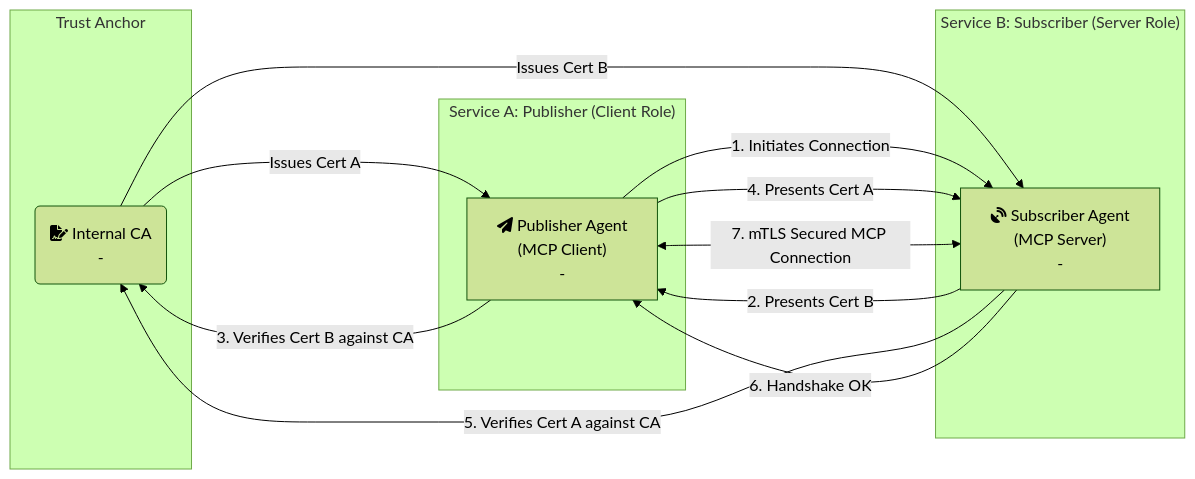
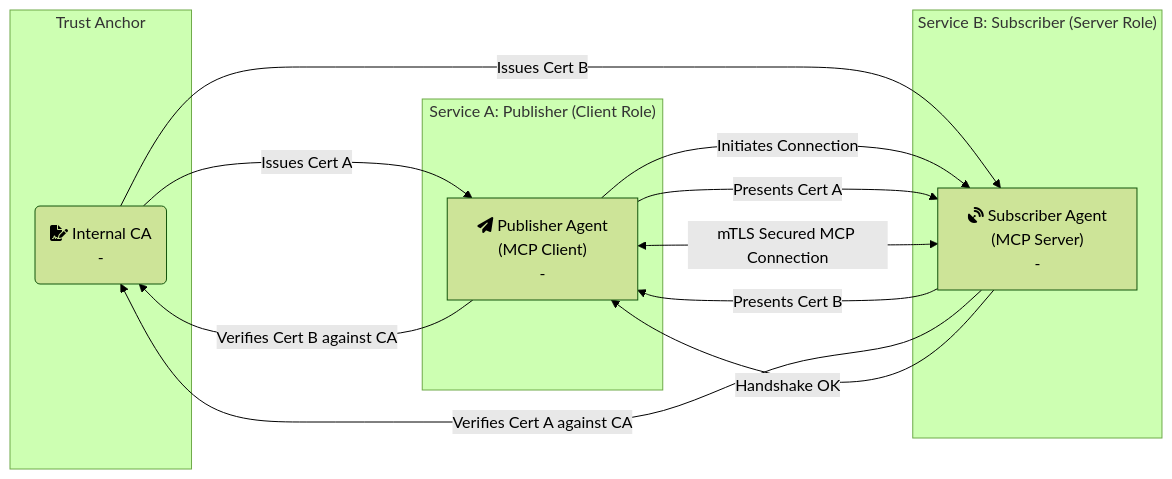
Before and after one commit to Intelligent-Intern/quicpro_async: the first of 2 diagrams in docs/capabilities/authentication_and_authorization/README.md, drawn with Mermaid (forest theme).

Commit message:
fix mermaid bug in markdown

```diff
--- a/docs/capabilities/authentication_and_authorization/README.md
+++ b/docs/capabilities/authentication_and_authorization/README.md
@@ -120,28 +120,28 @@
 ~~~mermaid
 graph LR
     subgraph "Trust Anchor"
         CA("fa:fa-file-signature Internal CA <br> - ");
     end
 
     subgraph "Service A: Publisher (Client Role)"
         Publisher["fa:fa-paper-plane Publisher Agent<br/>(MCP Client)<br> - "];
     end
 
     subgraph "Service B: Subscriber (Server Role)"
         Subscriber["fa:fa-satellite-dish Subscriber Agent<br/>(MCP Server)<br> - "];
     end
     
     CA -- "Issues Cert A" --> Publisher;
     CA -- "Issues Cert B" --> Subscriber;
 
-    Publisher -- "1. Initiates Connection" --> Subscriber;
-    Subscriber -- "2. Presents Cert B" --> Publisher;
-    Publisher -- "3. Verifies Cert B against CA" --> CA;
+    Publisher -- "Initiates Connection" --> Subscriber;
+    Subscriber -- "Presents Cert B" --> Publisher;
+    Publisher -- "Verifies Cert B against CA" --> CA;
     
-    Publisher -- "4. Presents Cert A" --> Subscriber;
-    Subscriber -- "5. Verifies Cert A against CA" --> CA;
+    Publisher -- "Presents Cert A" --> Subscriber;
+    Subscriber -- "Verifies Cert A against CA" --> CA;
     
-    Subscriber -- "6. Handshake OK" --> Publisher;
+    Subscriber -- "Handshake OK" --> Publisher;
     
-    Publisher -- "7. mTLS Secured MCP Connection" <--> Subscriber;
+    Publisher -- "mTLS Secured MCP Connection" <--> Subscriber;
 ~~~
```
